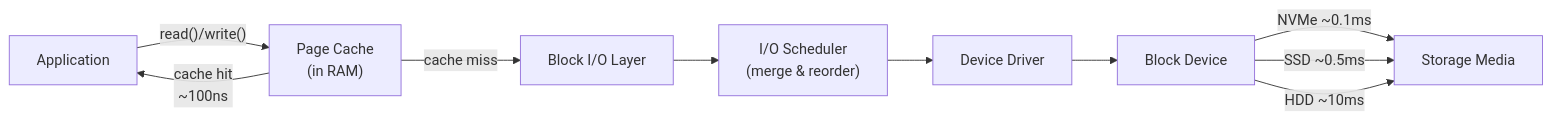
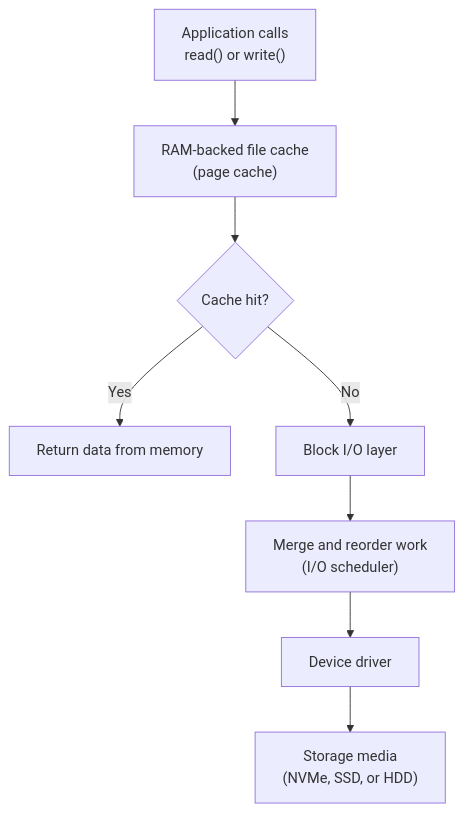
The diagram in devops-foundation/linux/system-admin/disk-io.md (senlinyy/dev-roadmaps), drawn with Mermaid before and after one commit. The commit also changed 89 other files, not shown here.

````diff
--- a/devops-foundation/linux/system-admin/disk-io.md
+++ b/devops-foundation/linux/system-admin/disk-io.md
@@ -214,12 +214,10 @@
 ```mermaid
-flowchart LR
-    A["Application"] -->|"read()/write()"| B["Page Cache\n(in RAM)"]
-    B -->|"cache hit\n~100ns"| A
-    B -->|"cache miss"| C["Block I/O Layer"]
-    C --> D["I/O Scheduler\n(merge & reorder)"]
-    D --> E["Device Driver"]
-    E --> F["Block Device"]
-    F -->|"NVMe ~0.1ms"| G["Storage Media"]
-    F -->|"SSD ~0.5ms"| G
-    F -->|"HDD ~10ms"| G
+flowchart TD
+    A["Application calls<br/>read() or write()"] --> B["RAM-backed file cache<br/>(page cache)"]
+    B --> C{"Cache hit?"}
+    C -- "Yes" --> D["Return data from memory"]
+    C -- "No" --> E["Block I/O layer"]
+    E --> F["Merge and reorder work<br/>(I/O scheduler)"]
+    F --> G["Device driver"]
+    G --> H["Storage media<br/>(NVMe, SSD, or HDD)"]
 ```
````
